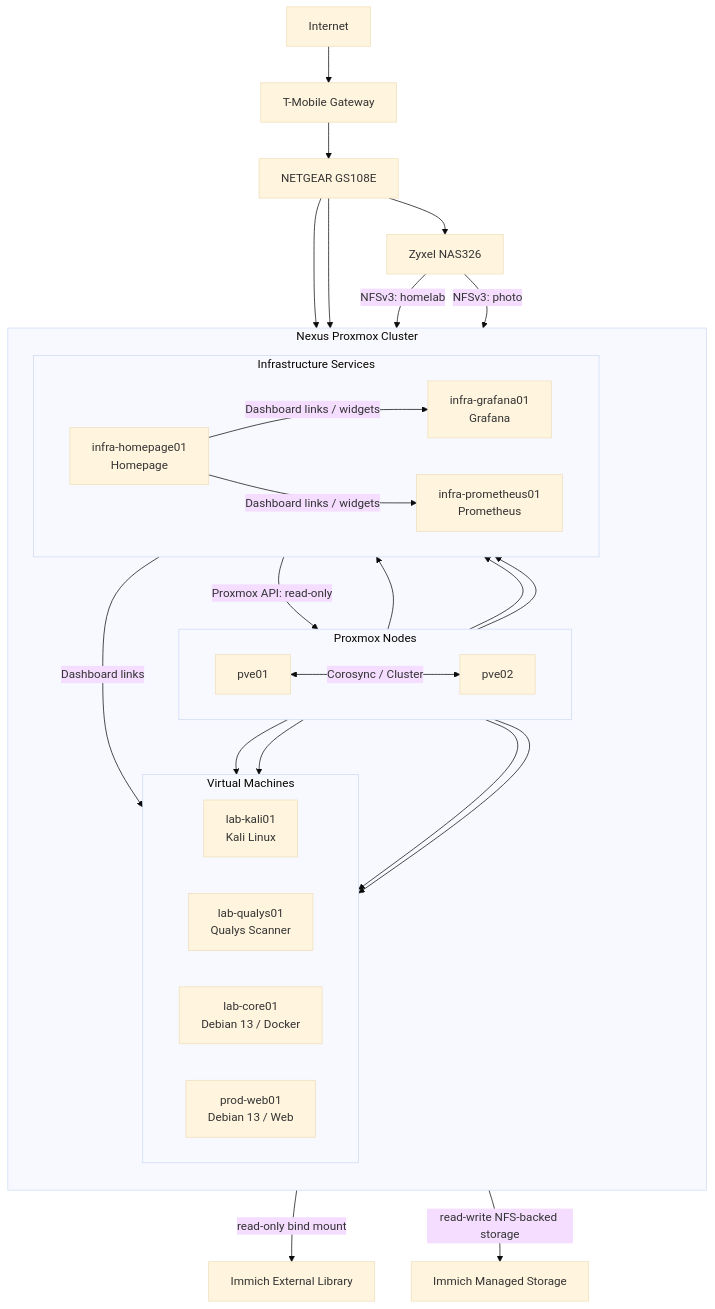
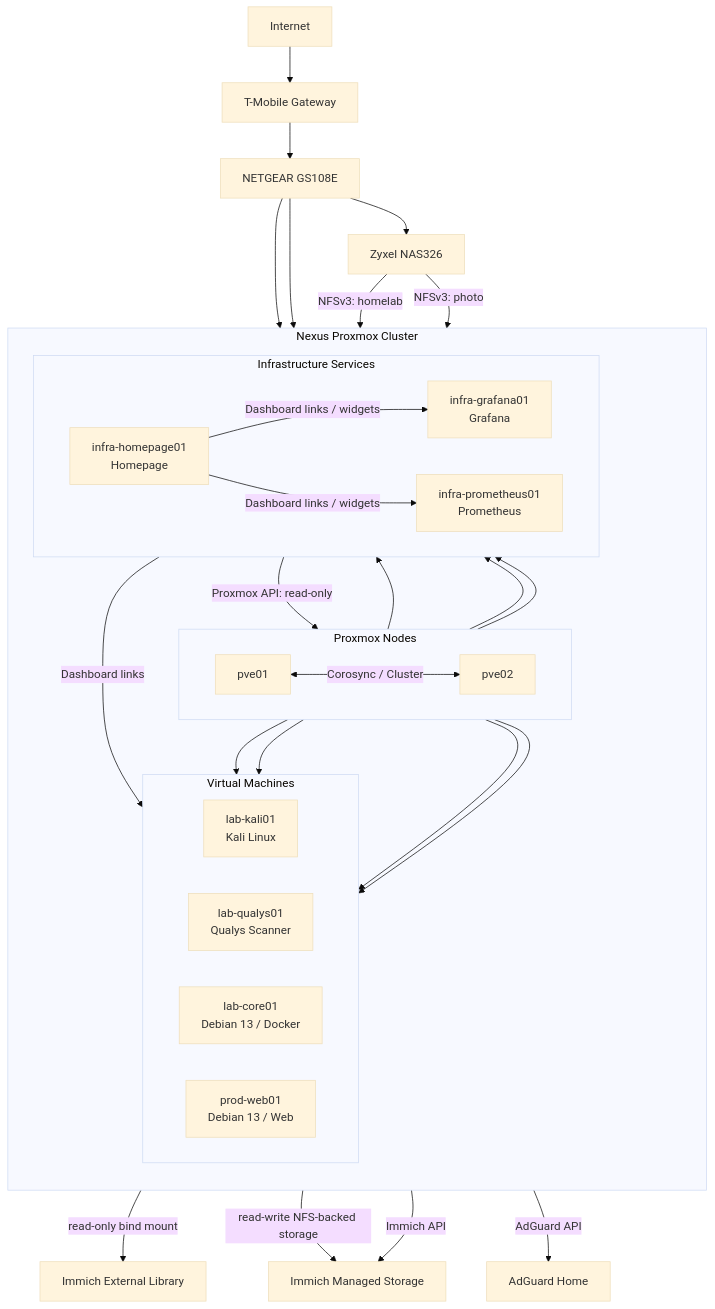
One commit to Tearstone/tearstone-homelab changed the first of 3 diagrams in docs/architecture.md. Above: the diagram before and after it, drawn with Mermaid (base theme). The commit also changed other lines of this file, not shown here.

Commit message:
Update architecture documentation for Homepage deployment

````diff
--- a/docs/architecture.md
+++ b/docs/architecture.md
@@ -5,51 +5,53 @@
 ```mermaid
 graph TD
     Internet --> Router["T-Mobile Gateway"]
     Router --> Switch["NETGEAR GS108E"]
     Switch --> NAS["Zyxel NAS326"]
 
     subgraph Cluster["Nexus Proxmox Cluster"]
         direction TB
 
         subgraph Nodes["Proxmox Nodes"]
             direction LR
             PVE["pve01"] <-->|"Corosync / Cluster"| PVE02["pve02"]
         end
 
         subgraph Workloads["Virtual Machines"]
             direction LR
             Kali["lab-kali01\nKali Linux"]
             Qualys["lab-qualys01\nQualys Scanner"]
             Core["lab-core01\nDebian 13 / Docker"]
             Web["prod-web01\nDebian 13 / Web"]
         end
 
         subgraph Services["Infrastructure Services"]
             direction LR
             Grafana["infra-grafana01\nGrafana"]
             Prometheus["infra-prometheus01\nPrometheus"]
             Homepage["infra-homepage01\nHomepage"]
         end
 
         PVE --> Kali
         PVE --> Qualys
         PVE --> Grafana
         PVE --> Prometheus
         PVE02 --> Core
         PVE02 --> Web
         PVE --> Homepage
     end
 
     Switch --> PVE
     Switch --> PVE02
 
     NAS -->|"NFSv3: homelab"| Core
     NAS -->|"NFSv3: photo"| Core
     Core -->|"read-only bind mount"| External["Immich External Library"]
     Core -->|"read-write NFS-backed storage"| Immich["Immich Managed Storage"]
 
     Homepage -->|"Proxmox API: read-only"| PVE
+    Homepage -->|"AdGuard API"| AdGuard["AdGuard Home"]
+    Homepage -->|"Immich API"| Immich
     Homepage -->|"Dashboard links / widgets"| Grafana
     Homepage -->|"Dashboard links / widgets"| Prometheus
     Homepage -->|"Dashboard links"| Core
 ```
````
